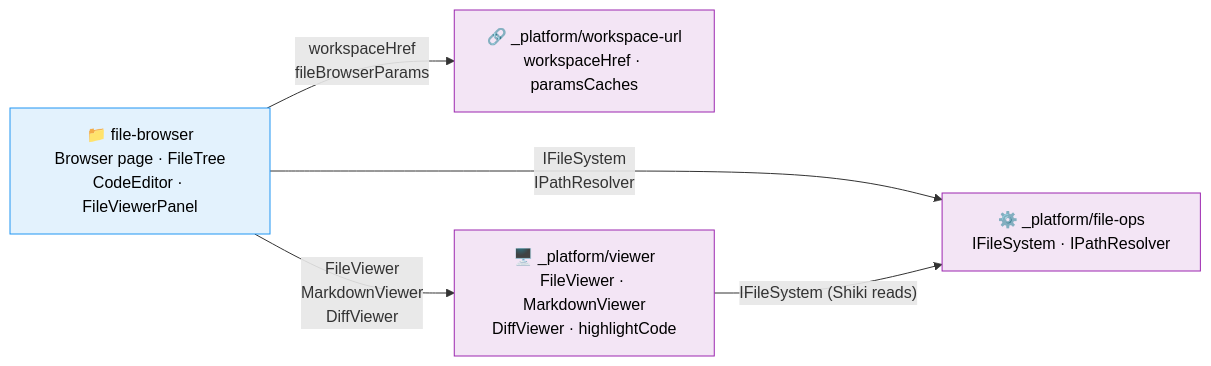
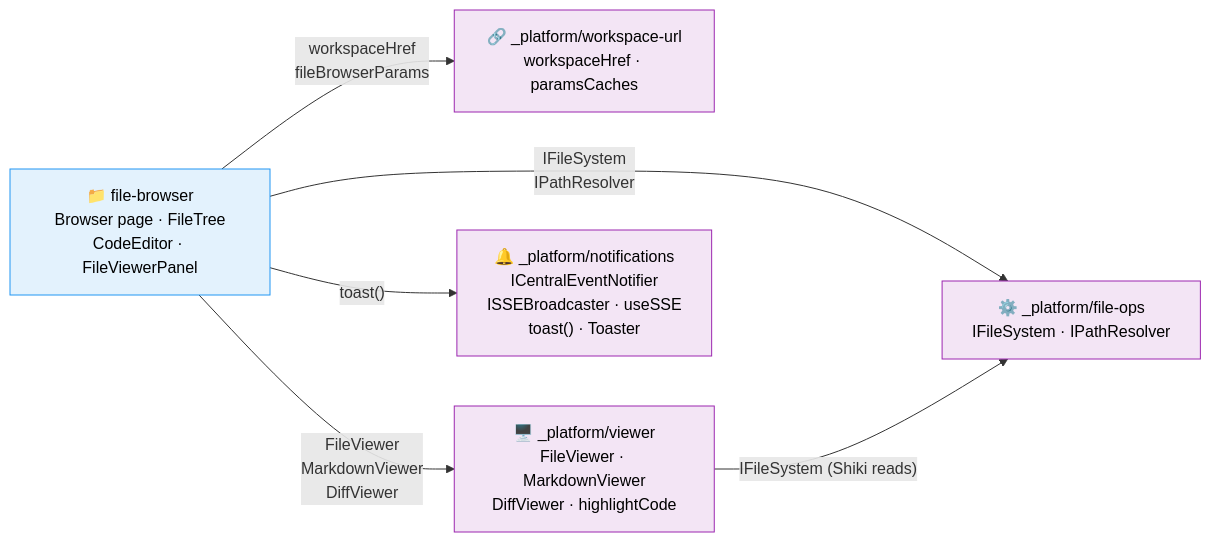
The diagram in docs/domains/domain-map.md (AI-Substrate/chainglass), drawn with Mermaid before and after one commit. The commit also changed other lines of this file and 3 other files, not shown here.

First line of the commit message:
Extract _platform/notifications domain and workshop toast system

````diff
--- a/docs/domains/domain-map.md
+++ b/docs/domains/domain-map.md
@@ -6,19 +6,21 @@
 ```mermaid
 flowchart LR
     classDef business fill:#E3F2FD,stroke:#2196F3,color:#000
     classDef infra fill:#F3E5F5,stroke:#9C27B0,color:#000
 
     %% Infrastructure domains
     fileOps["⚙️ _platform/file-ops<br/>IFileSystem · IPathResolver"]:::infra
     wsUrl["🔗 _platform/workspace-url<br/>workspaceHref · paramsCaches"]:::infra
     viewer["🖥️ _platform/viewer<br/>FileViewer · MarkdownViewer<br/>DiffViewer · highlightCode"]:::infra
+    notify["🔔 _platform/notifications<br/>ICentralEventNotifier<br/>ISSEBroadcaster · useSSE<br/>toast() · Toaster"]:::infra
 
     %% Business domains
     fileBrowser["📁 file-browser<br/>Browser page · FileTree<br/>CodeEditor · FileViewerPanel"]:::business
 
     %% Contract dependencies (consumer → provider)
     fileBrowser -->|"IFileSystem<br/>IPathResolver"| fileOps
     fileBrowser -->|"workspaceHref<br/>fileBrowserParams"| wsUrl
     fileBrowser -->|"FileViewer<br/>MarkdownViewer<br/>DiffViewer"| viewer
+    fileBrowser -->|"toast()"| notify
     viewer -->|"IFileSystem (Shiki reads)"| fileOps
 ```
````
